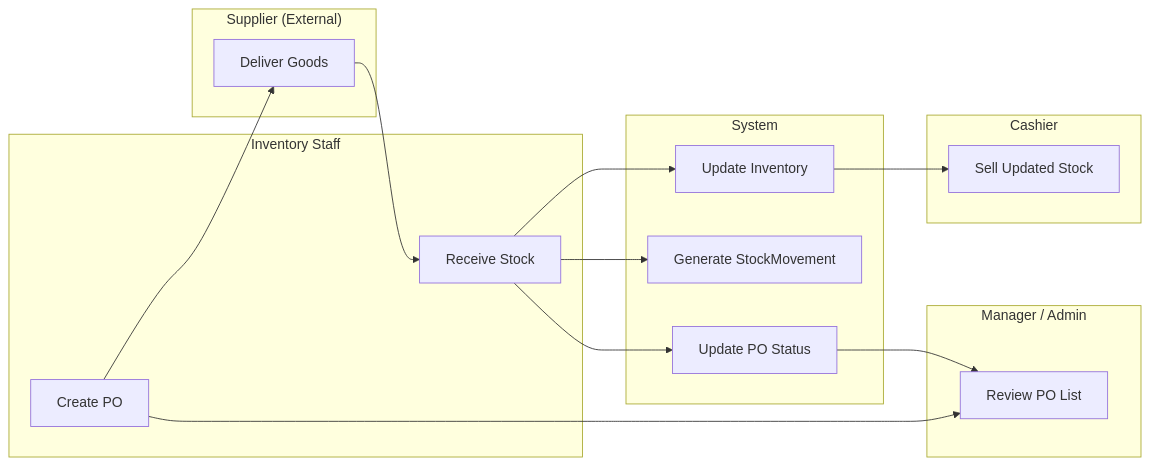
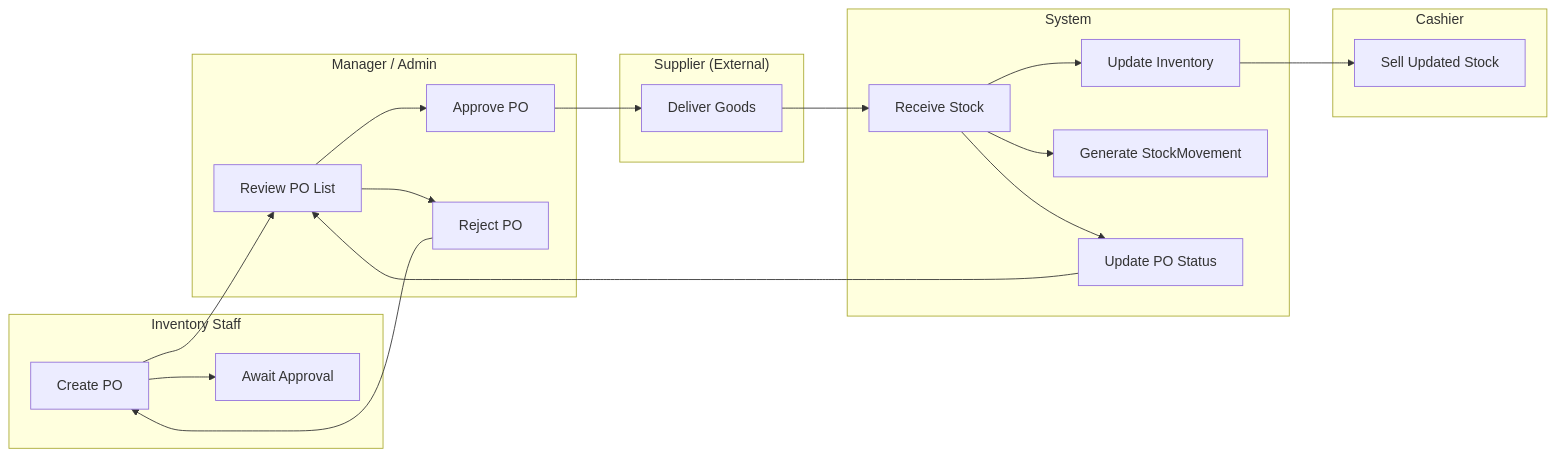
One commit to radecodes202/websys2finalproject changed the first of 5 diagrams in docs/system_workflows.md. Above: the diagram before and after it, drawn with Mermaid. The commit also changed other lines of this file and 11 other files, not shown here.

````diff
--- a/docs/system_workflows.md
+++ b/docs/system_workflows.md
@@ -312,30 +361,32 @@
 ```mermaid
 flowchart LR
     subgraph "Inventory Staff"
-        A[Create PO]
-        B[Receive Stock]
+        A[Create PO] --> B[Await Approval]
     end
     subgraph "Manager / Admin"
-        C[Review PO List]
+        C[Review PO List] --> D[Approve PO]
+        C --> E[Reject PO]
     end
     subgraph "Supplier (External)"
-        D[Deliver Goods]
+        F[Deliver Goods]
     end
     subgraph "System"
-        E[Update Inventory]
-        F[Generate StockMovement]
-        G[Update PO Status]
+        G[Receive Stock]
+        H[Update Inventory]
+        I[Generate StockMovement]
+        J[Update PO Status]
     end
     subgraph "Cashier"
-        H[Sell Updated Stock]
+        K[Sell Updated Stock]
     end
 
     A --> C
-    A --> D
-    D --> B
-    B --> E
-    B --> F
-    B --> G
-    G --> C
-    E --> H
+    D --> F
+    E --> A
+    F --> G
+    G --> H
+    G --> I
+    G --> J
+    J --> C
+    H --> K
 ```
````
